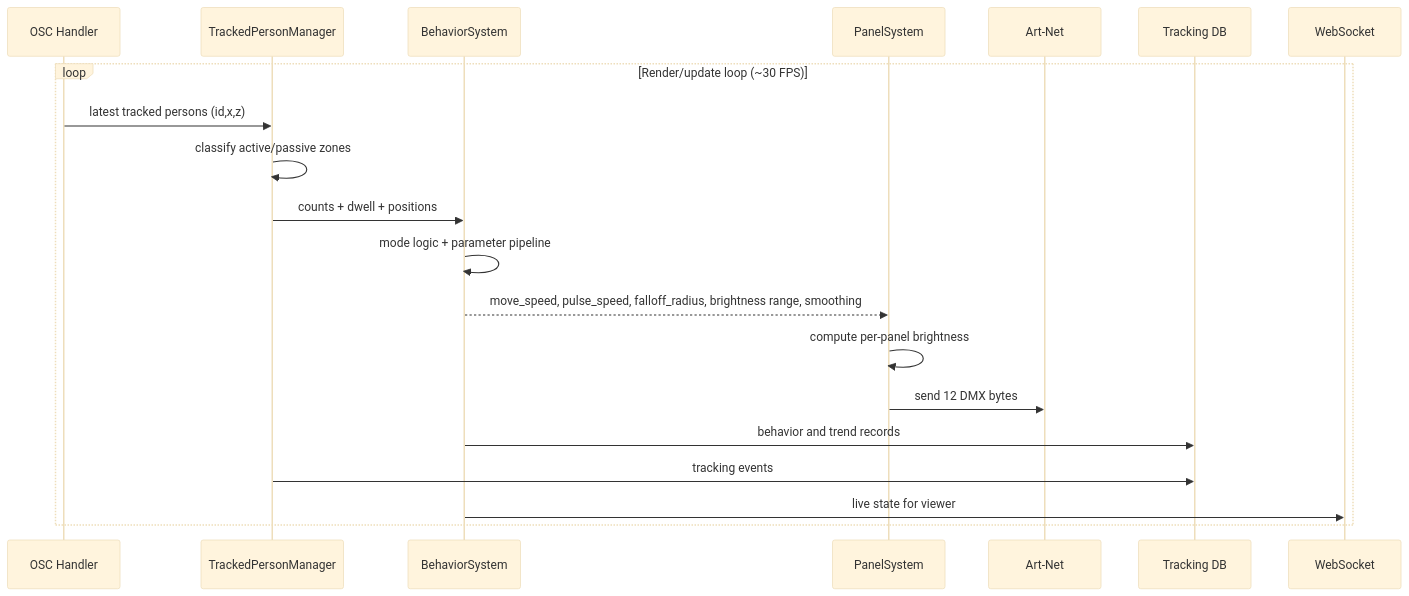
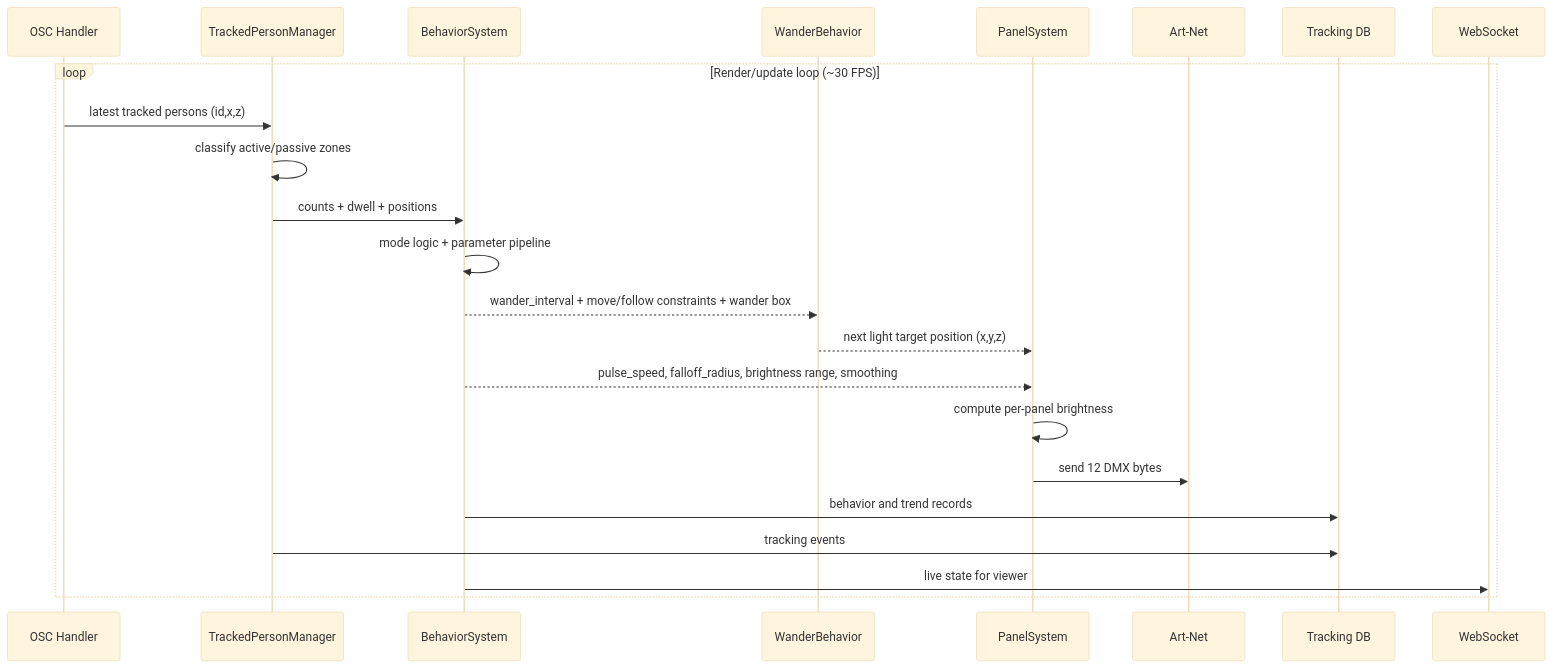
One commit to npuckett/dc-dev changed the sixth of 14 diagrams in IO/CAMERA_TO_DMX_DIAGRAMS.md. Above: the diagram before and after it, drawn with Mermaid (base theme). The commit also changed other lines of this file and 1 other file, not shown here.

Commit message:
wander comparison

````diff
--- a/IO/CAMERA_TO_DMX_DIAGRAMS.md
+++ b/IO/CAMERA_TO_DMX_DIAGRAMS.md
@@ -147,23 +159,26 @@
 ```mermaid
 sequenceDiagram
     participant OSC as OSC Handler
     participant PM as TrackedPersonManager
     participant BS as BehaviorSystem
+    participant WB as WanderBehavior
     participant PS as PanelSystem
     participant AN as Art-Net
     participant DB as Tracking DB
     participant WS as WebSocket
 
     loop Render/update loop (~30 FPS)
         OSC->>PM: latest tracked persons (id,x,z)
         PM->>PM: classify active/passive zones
         PM->>BS: counts + dwell + positions
         BS->>BS: mode logic + parameter pipeline
-        BS-->>PS: move_speed, pulse_speed, falloff_radius, brightness range, smoothing
+        BS-->>WB: wander_interval + move/follow constraints + wander box
+        WB-->>PS: next light target position (x,y,z)
+        BS-->>PS: pulse_speed, falloff_radius, brightness range, smoothing
         PS->>PS: compute per-panel brightness
         PS->>AN: send 12 DMX bytes
         BS->>DB: behavior and trend records
         PM->>DB: tracking events
         BS->>WS: live state for viewer
     end
 ```
````
